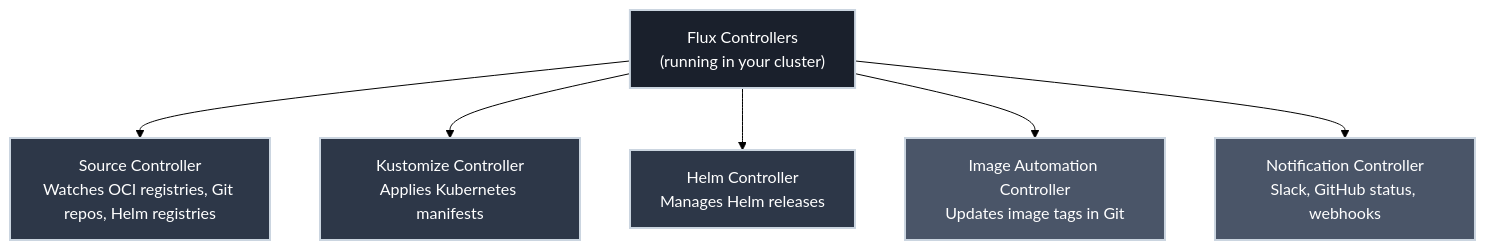
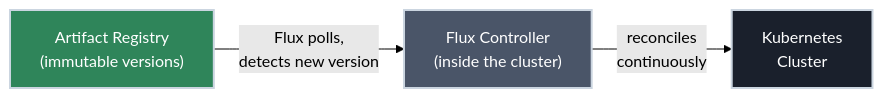
Before and after one commit to bradpenney/exploring_gitops: the second of 3 diagrams in docs/day_one/what_is_gitops.md, drawn with Mermaid (forest theme). The commit also changed other lines of this file and 12 other files, not shown here.

````diff
--- a/docs/day_one/what_is_gitops.md
+++ b/docs/day_one/what_is_gitops.md
@@ -150,23 +100,13 @@
 ```mermaid
-flowchart TD
-    FluxControllers["Flux Controllers\n(running in your cluster)"]
+flowchart LR
+    Registry["Artifact Registry<br/>(immutable versions)"]
+    Flux["Flux Controller<br/>(inside the cluster)"]
+    Cluster["Kubernetes<br/>Cluster"]
 
-    Source["Source Controller\nWatches OCI registries, Git repos, Helm registries"]
-    Kustomize["Kustomize Controller\nApplies Kubernetes manifests"]
-    Helm["Helm Controller\nManages Helm releases"]
-    Image["Image Automation Controller\nUpdates image tags in Git"]
-    Notify["Notification Controller\nSlack, GitHub status, webhooks"]
+    Registry -->|"Flux polls,<br/>detects new version"| Flux
+    Flux -->|"reconciles<br/>continuously"| Cluster
 
-    FluxControllers --> Source
-    FluxControllers --> Kustomize
-    FluxControllers --> Helm
-    FluxControllers --> Image
-    FluxControllers --> Notify
-
-    style FluxControllers fill:#1a202c,stroke:#cbd5e0,stroke-width:2px,color:#fff
-    style Source fill:#2d3748,stroke:#cbd5e0,stroke-width:2px,color:#fff
-    style Kustomize fill:#2d3748,stroke:#cbd5e0,stroke-width:2px,color:#fff
-    style Helm fill:#2d3748,stroke:#cbd5e0,stroke-width:2px,color:#fff
-    style Image fill:#4a5568,stroke:#cbd5e0,stroke-width:2px,color:#fff
-    style Notify fill:#4a5568,stroke:#cbd5e0,stroke-width:2px,color:#fff
+    style Registry fill:#2f855a,stroke:#cbd5e0,stroke-width:2px,color:#fff
+    style Flux fill:#4a5568,stroke:#cbd5e0,stroke-width:2px,color:#fff
+    style Cluster fill:#1a202c,stroke:#cbd5e0,stroke-width:2px,color:#fff
 ```
````
